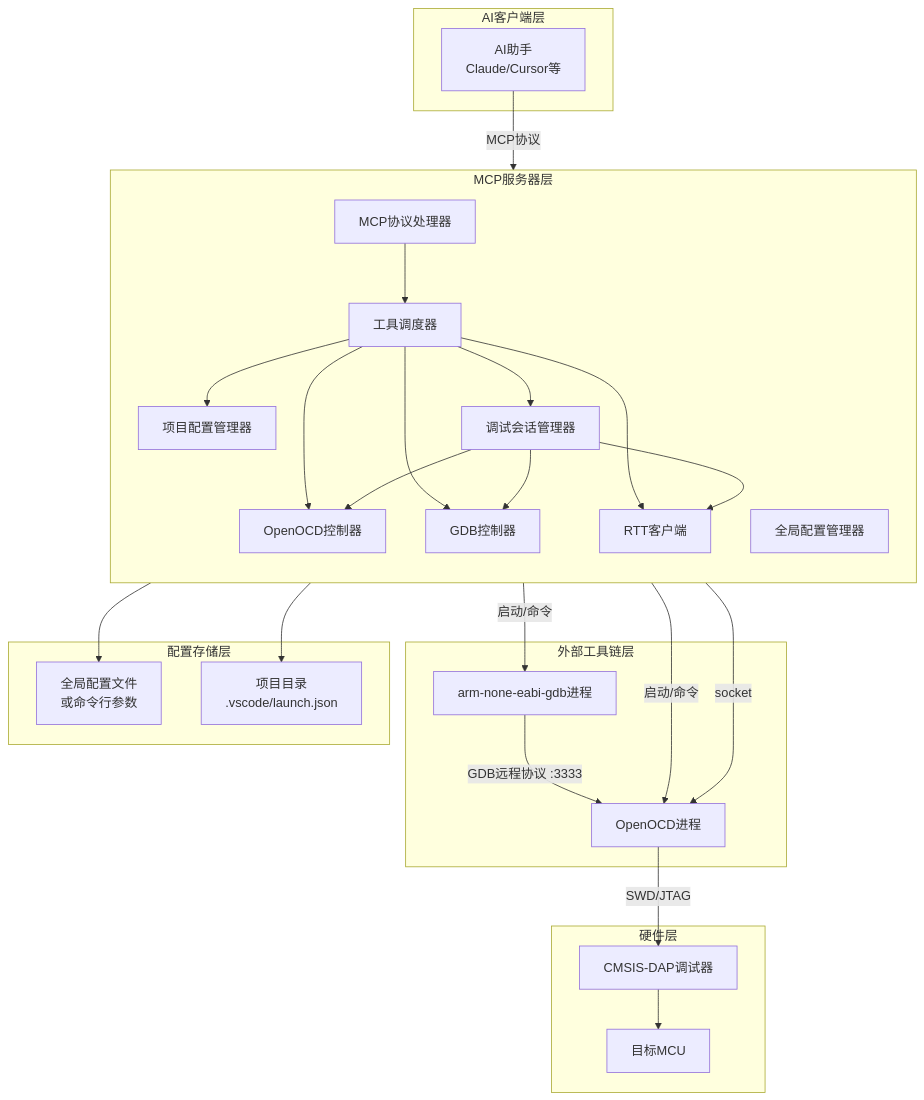
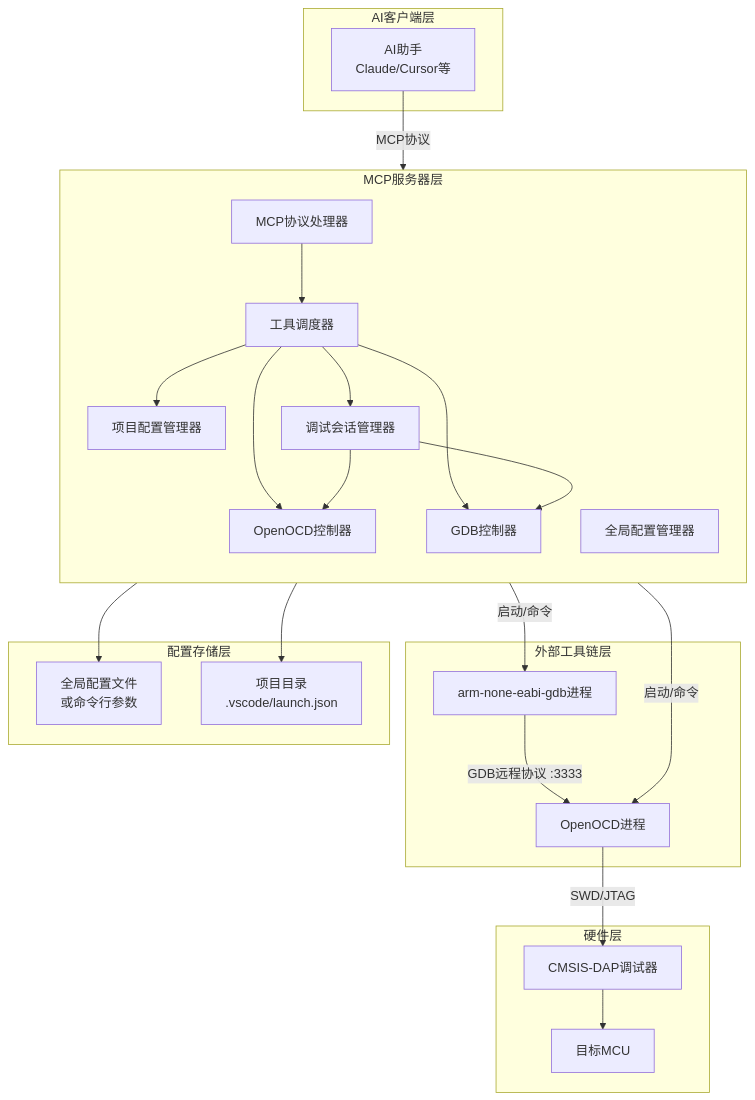
One commit to luiox/openocd-mcp changed the diagram in 架构设计.md. Above: the diagram before and after it, drawn with Mermaid. The commit also changed other lines of this file and 2 other files, not shown here.

````diff
--- a/架构设计.md
+++ b/架构设计.md
@@ -9,52 +9,48 @@
 ```mermaid
 flowchart TB
     subgraph AI客户端层
         A[AI助手<br>Claude/Cursor等]
     end
 
     subgraph MCP服务器层
         direction TB
         B[MCP协议处理器]
         C[工具调度器]
         D[全局配置管理器]
         E[项目配置管理器]
         F[调试会话管理器]
         G[OpenOCD控制器]
         H[GDB控制器]
-        I[RTT客户端]
     end
 
     subgraph 外部工具链层
         J[OpenOCD进程]
         K[arm-none-eabi-gdb进程]
     end
 
     subgraph 硬件层
         L[CMSIS-DAP调试器]
         M[目标MCU]
     end
 
     subgraph 配置存储层
         N[全局配置文件<br>或命令行参数]
         O[项目目录<br>.vscode/launch.json]
     end
 
     A -- MCP协议 --> B
     B --> C
     C --> E
     C --> F
     C --> G
     C --> H
-    C --> I
     D --> N
     E --> O
     F --> G
     F --> H
-    F --> I
     G -- 启动/命令 --> J
     H -- 启动/命令 --> K
-    I -- socket --> J
     J -- SWD/JTAG --> L
     L --> M
     K -- GDB远程协议 :3333 --> J
 ```
````
